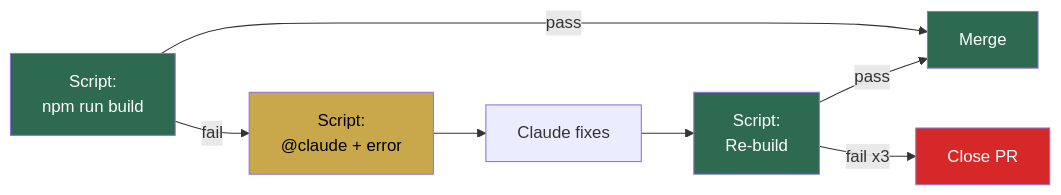
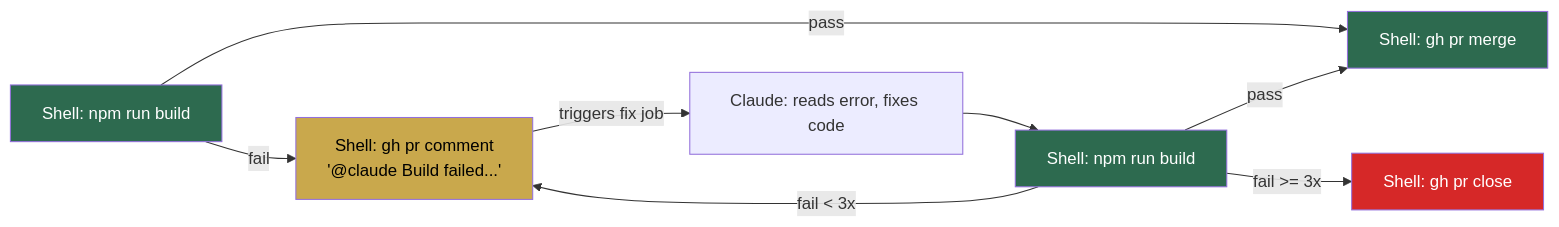
Before and after one commit to RyutoYoda/claude-continuous-loop: the third of 4 diagrams in docs/architecture.md, drawn with Mermaid. The commit also changed other lines of this file, not shown here.

First line of the commit message:
docs: Rewrite architecture with full execution detail

````diff
--- a/docs/architecture.md
+++ b/docs/architecture.md
@@ -47,15 +109,16 @@
 ```mermaid
 flowchart LR
-    A["Script:<br/>npm run build"] -->|pass| B[Merge]
-    A -->|fail| C["Script:<br/>@claude + error"]
-    C --> D[Claude fixes]
-    D --> E["Script:<br/>Re-build"]
+    A["Shell: npm run build"] -->|pass| B["Shell: gh pr merge"]
+    A -->|fail| C["Shell: gh pr comment<br/>'@claude Build failed...'"]
+    C -->|"triggers fix job"| D["Claude: reads error, fixes code"]
+    D --> E["Shell: npm run build"]
     E -->|pass| B
-    E -->|"fail x3"| F[Close PR]
+    E -->|"fail < 3x"| C
+    E -->|"fail >= 3x"| F["Shell: gh pr close"]
 
     style A fill:#2d6a4f,color:#fff
     style B fill:#2d6a4f,color:#fff
     style C fill:#c9a84c,color:#000
     style E fill:#2d6a4f,color:#fff
     style F fill:#d62828,color:#fff
 ```
````
